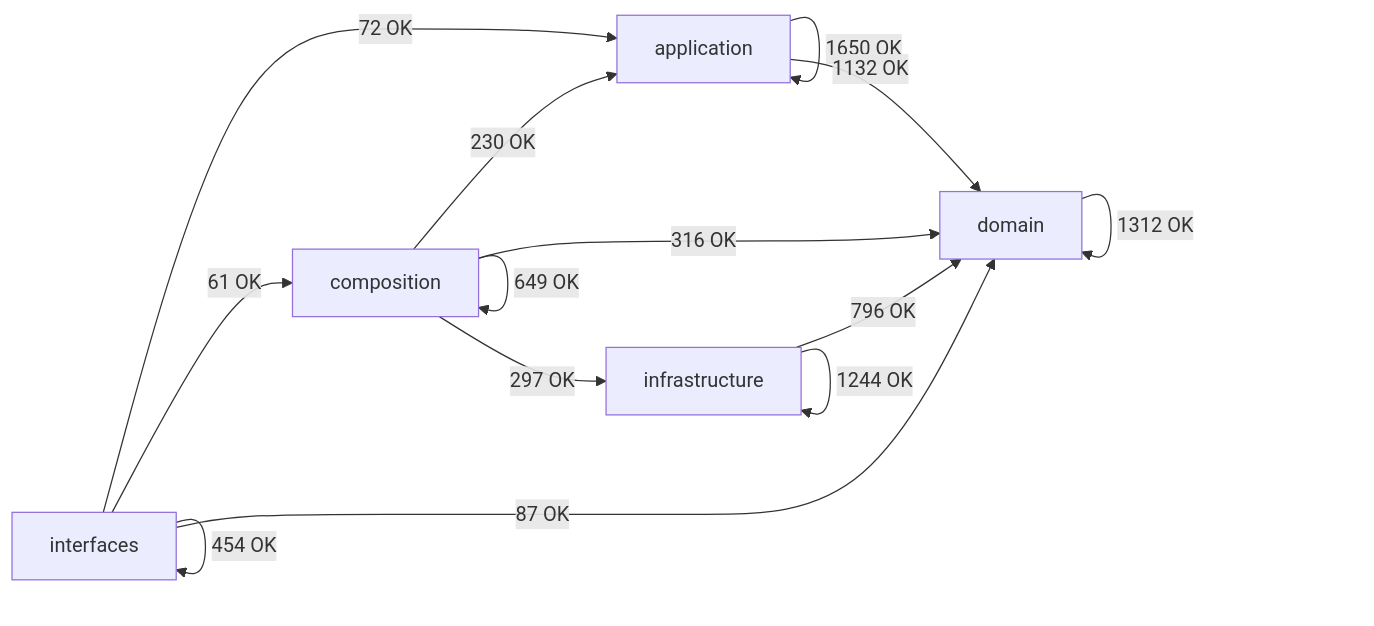
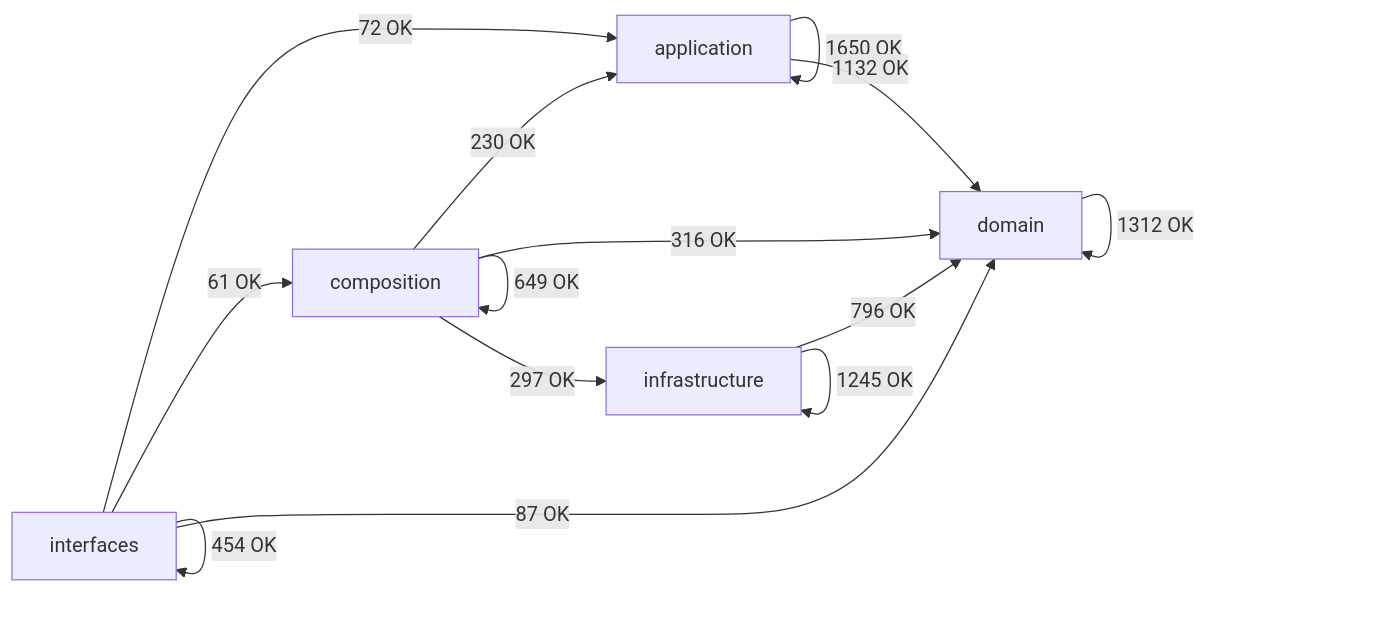
Before and after one commit to SatoryKono/BioactivityDataAcquisition: the diagram in docs/02-architecture/generated/module-dependency-map.md, drawn with Mermaid. The commit also changed other lines of this file and 19 other files, not shown here.

````diff
--- a/docs/02-architecture/generated/module-dependency-map.md
+++ b/docs/02-architecture/generated/module-dependency-map.md
@@ -17,21 +17,21 @@
 ```mermaid
 flowchart LR
     domain[domain]
     application[application]
     infrastructure[infrastructure]
     composition[composition]
     interfaces[interfaces]
     application -->|1650 OK| application
     application -->|1132 OK| domain
     composition -->|230 OK| application
     composition -->|649 OK| composition
     composition -->|316 OK| domain
     composition -->|297 OK| infrastructure
     domain -->|1312 OK| domain
     infrastructure -->|796 OK| domain
-    infrastructure -->|1244 OK| infrastructure
+    infrastructure -->|1245 OK| infrastructure
     interfaces -->|72 OK| application
     interfaces -->|61 OK| composition
     interfaces -->|87 OK| domain
     interfaces -->|454 OK| interfaces
 ```
````
